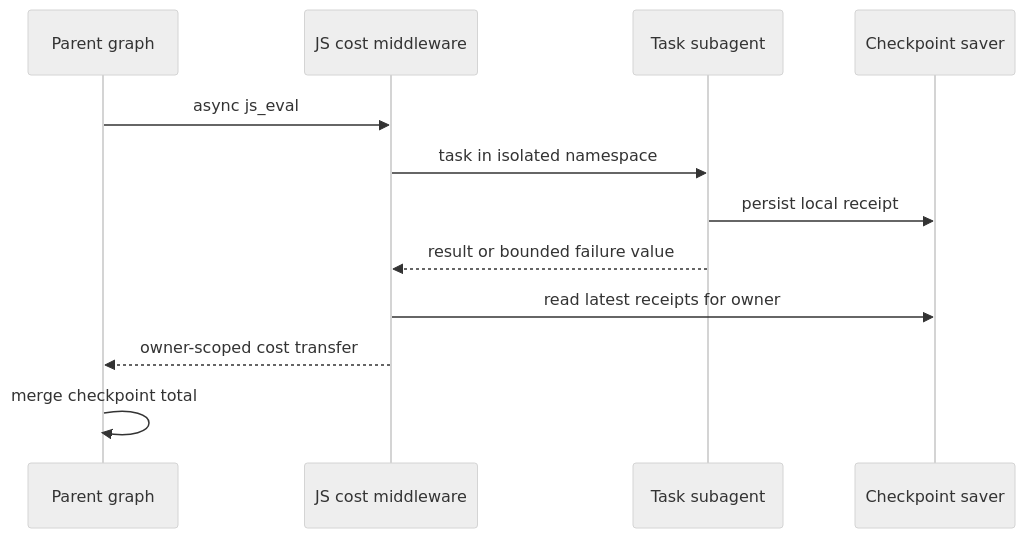
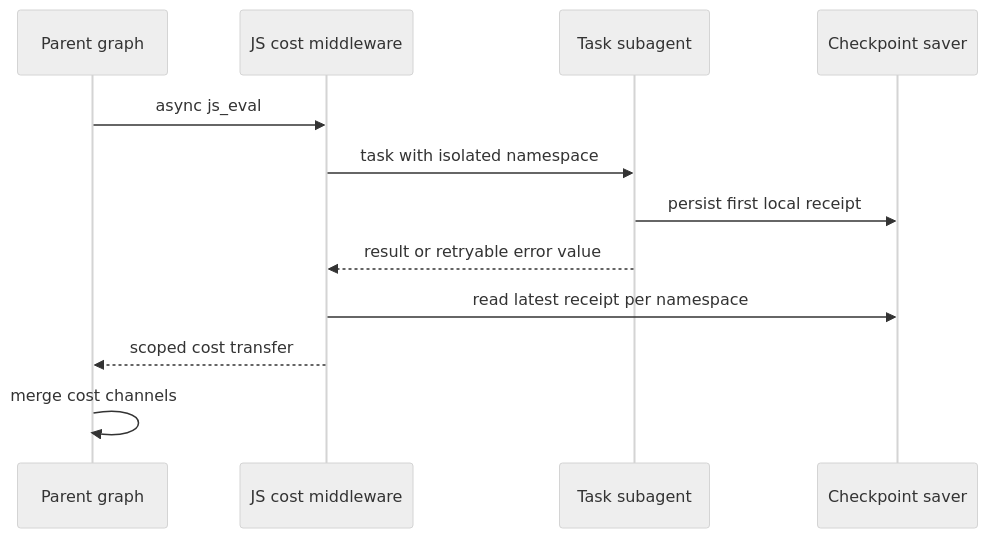
One commit to langchain-ai/deepagents changed the second of 2 diagrams in openwiki/operations/cost-and-sessions.md. Above: the diagram before and after it, drawn with Mermaid (neutral theme). The commit also changed other lines of this file and 39 other files, not shown here.

````diff
--- a/openwiki/operations/cost-and-sessions.md
+++ b/openwiki/operations/cost-and-sessions.md
@@ -45,14 +92,14 @@
 ```mermaid
 sequenceDiagram
     participant Parent as Parent graph
     participant JS as JS cost middleware
     participant Child as Task subagent
     participant Saver as Checkpoint saver
     Parent->>JS: async js_eval
-    JS->>Child: task in isolated namespace
-    Child->>Saver: persist local receipt
-    Child-->>JS: result or bounded failure value
-    JS->>Saver: read latest receipts for owner
-    JS-->>Parent: owner-scoped cost transfer
-    Parent->>Parent: merge checkpoint total
+    JS->>Child: task with isolated namespace
+    Child->>Saver: persist first local receipt
+    Child-->>JS: result or retryable error value
+    JS->>Saver: read latest receipt per namespace
+    JS-->>Parent: scoped cost transfer
+    Parent->>Parent: merge cost channels
 ```
````
